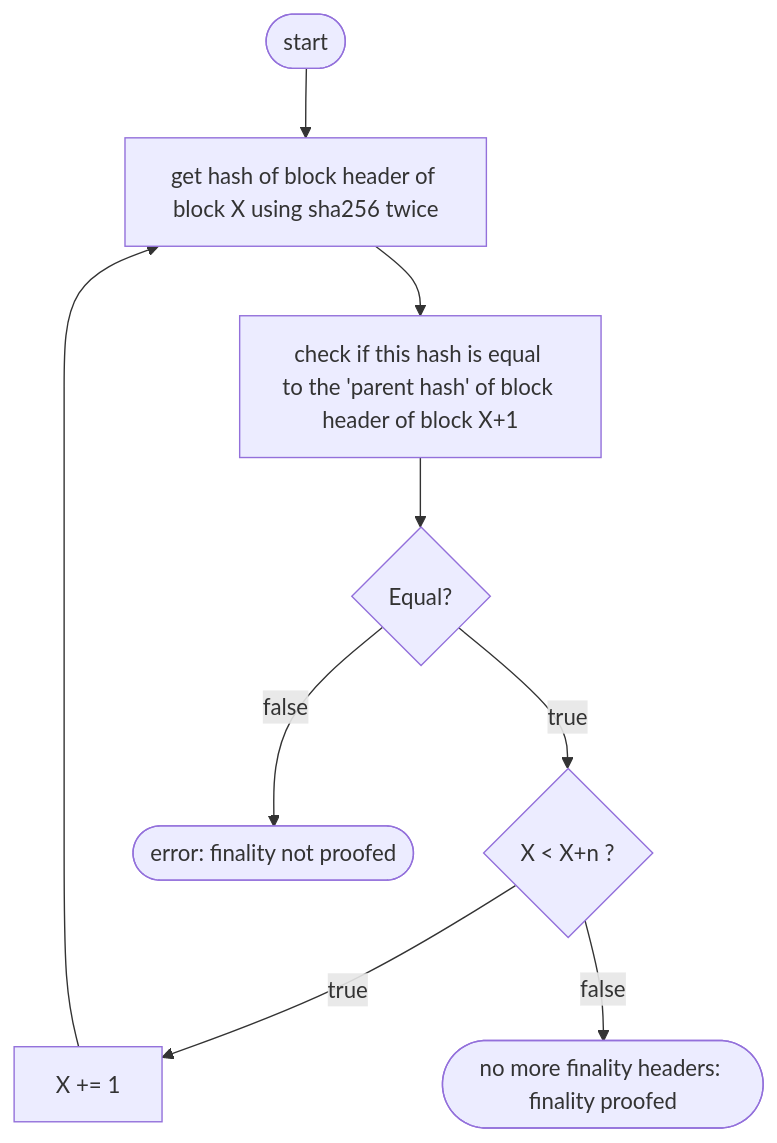
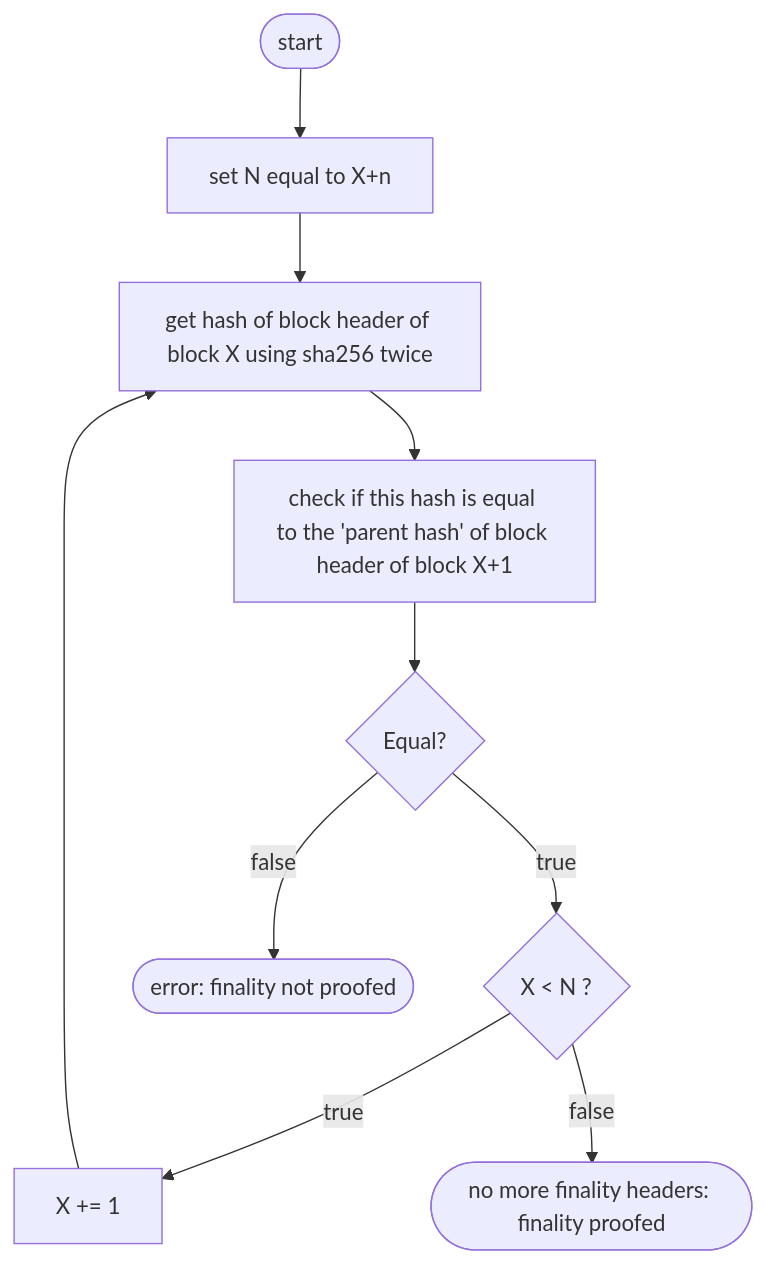
Before and after one commit to blockchainsllc/in3-docs: the second of 3 diagrams in docs/bitcoin.md, drawn with Mermaid.

````diff
--- a/docs/bitcoin.md
+++ b/docs/bitcoin.md
@@ -79,13 +79,14 @@
 ```mermaid
 graph TB
-    start([start]) --> id1
+    start([start]) --> init[set N equal to X+n]
+    init --> id1
     id1[get hash of block header of block X using sha256 twice] --> id2[check if this hash is equal to the 'parent hash' of block header of block X+1]
     id2 --> id3{Equal?}
-    id3 -->|true| id4{X < X+n ?}
+    id3 -->|true| id4{X < N ?}
     id3 -->|false| notproofed
     id4 -->|true| id5[X += 1]
     id5 --> id1
     id4 -->|false| proofed
     proofed([no more finality headers: finality proofed])
     notproofed([error: finality not proofed])
 ```
````
